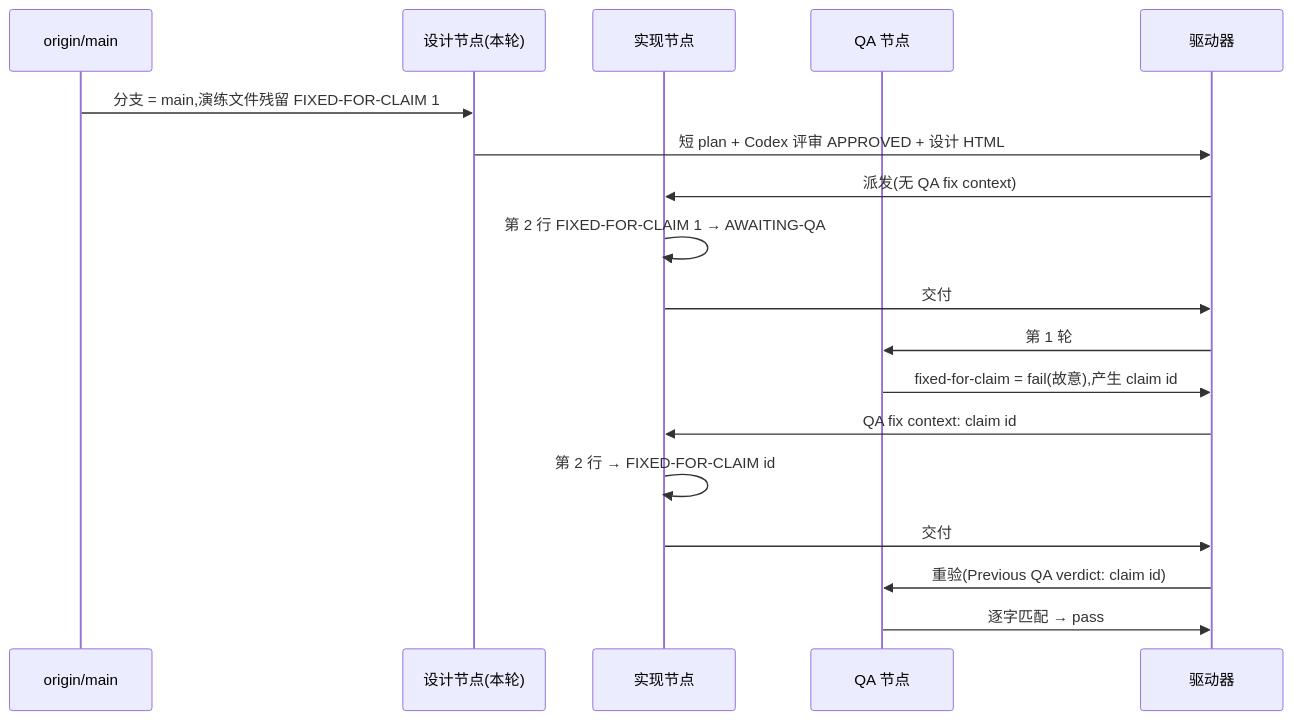
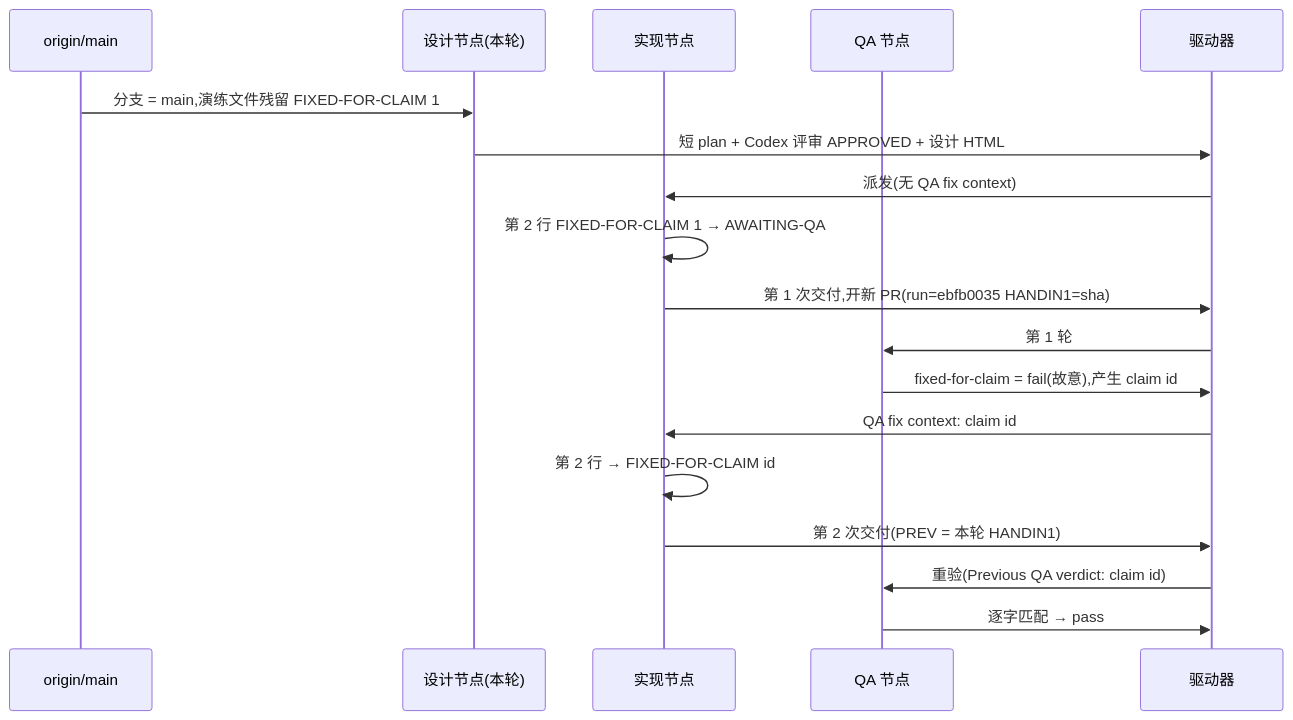
One commit to xrliAnnie/flywheel-qa-sandbox changed the diagram in engineering/doc/FLY-3150-real-runner-drill/d1-core-flow.mmd. Above: the diagram before and after it, drawn with Mermaid. The commit also changed 5 other files, not shown here.

Commit message:
docs(qa-sbx): FLY-3150 design HTML and review record for run ebfb0035

```diff
--- a/engineering/doc/FLY-3150-real-runner-drill/d1-core-flow.mmd
+++ b/engineering/doc/FLY-3150-real-runner-drill/d1-core-flow.mmd
@@ -1,18 +1,18 @@
 sequenceDiagram
     participant M as origin/main
     participant S as 设计节点(本轮)
     participant I as 实现节点
     participant Q as QA 节点
     participant D as 驱动器
     M->>S: 分支 = main,演练文件残留 FIXED-FOR-CLAIM 1
     S->>D: 短 plan + Codex 评审 APPROVED + 设计 HTML
     D->>I: 派发(无 QA fix context)
     I->>I: 第 2 行 FIXED-FOR-CLAIM 1 → AWAITING-QA
-    I->>D: 交付 #1:开新 PR(run=b98e6529 HANDIN1=sha)
+    I->>D: 第 1 次交付,开新 PR(run=ebfb0035 HANDIN1=sha)
     D->>Q: 第 1 轮
     Q->>D: fixed-for-claim = fail(故意),产生 claim id
     D->>I: QA fix context: claim id
     I->>I: 第 2 行 → FIXED-FOR-CLAIM id
-    I->>D: 交付 #2(PREV = 本轮 HANDIN1)
+    I->>D: 第 2 次交付(PREV = 本轮 HANDIN1)
     D->>Q: 重验(Previous QA verdict: claim id)
     Q->>D: 逐字匹配 → pass
```
